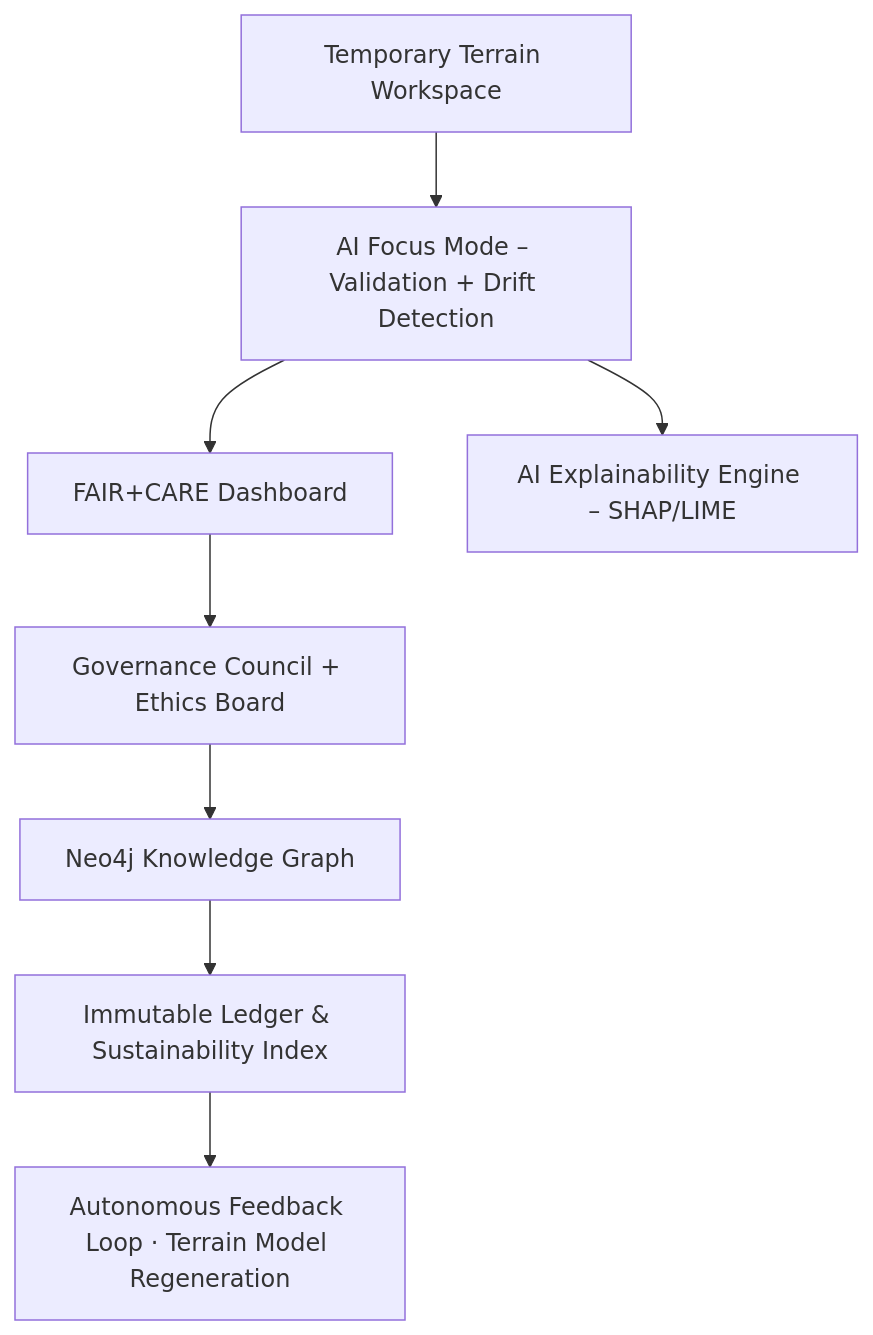
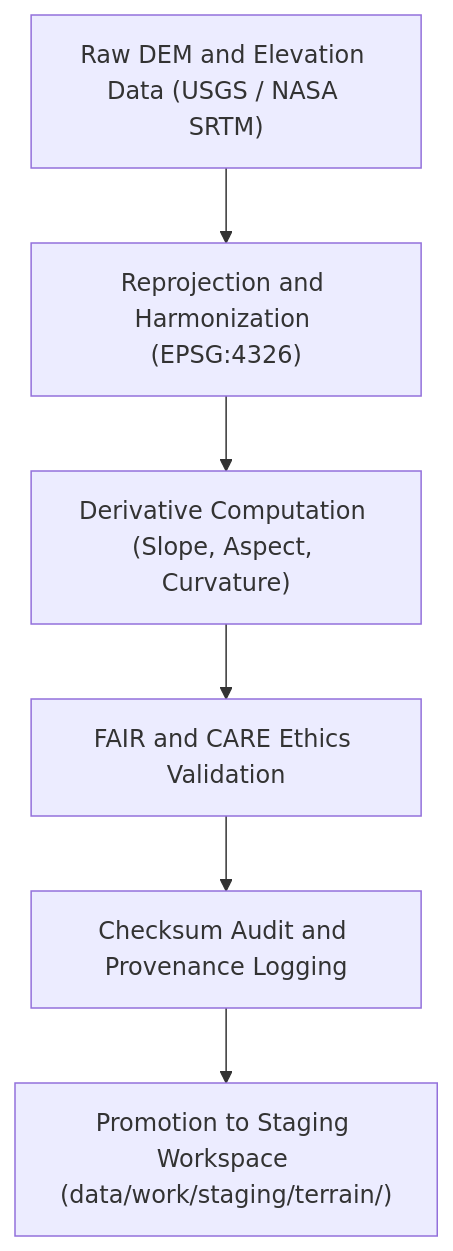
One commit to bartytime4life/Kansas-Frontier-Matrix changed the diagram in data/work/tmp/terrain/README.md. Above: the diagram before and after it, drawn with Mermaid. The commit also changed other lines of this file, not shown here.

````diff
--- a/data/work/tmp/terrain/README.md
+++ b/data/work/tmp/terrain/README.md
@@ -70,10 +81,8 @@
 ```mermaid
-graph TD
-    A["Temporary Terrain Workspace"] --> B["AI Focus Mode – Validation + Drift Detection"]
-    B --> C["FAIR+CARE Dashboard"]
-    B --> D["AI Explainability Engine – SHAP/LIME"]
-    C --> E["Governance Council + Ethics Board"]
-    E --> F["Neo4j Knowledge Graph"]
-    F --> G["Immutable Ledger & Sustainability Index"]
-    G --> H["Autonomous Feedback Loop · Terrain Model Regeneration"]
+flowchart TD
+    A["Raw DEM and Elevation Data (USGS / NASA SRTM)"] --> B["Reprojection and Harmonization (EPSG:4326)"]
+    B --> C["Derivative Computation (Slope, Aspect, Curvature)"]
+    C --> D["FAIR and CARE Ethics Validation"]
+    D --> E["Checksum Audit and Provenance Logging"]
+    E --> F["Promotion to Staging Workspace (data/work/staging/terrain/)"]
 ```
````
